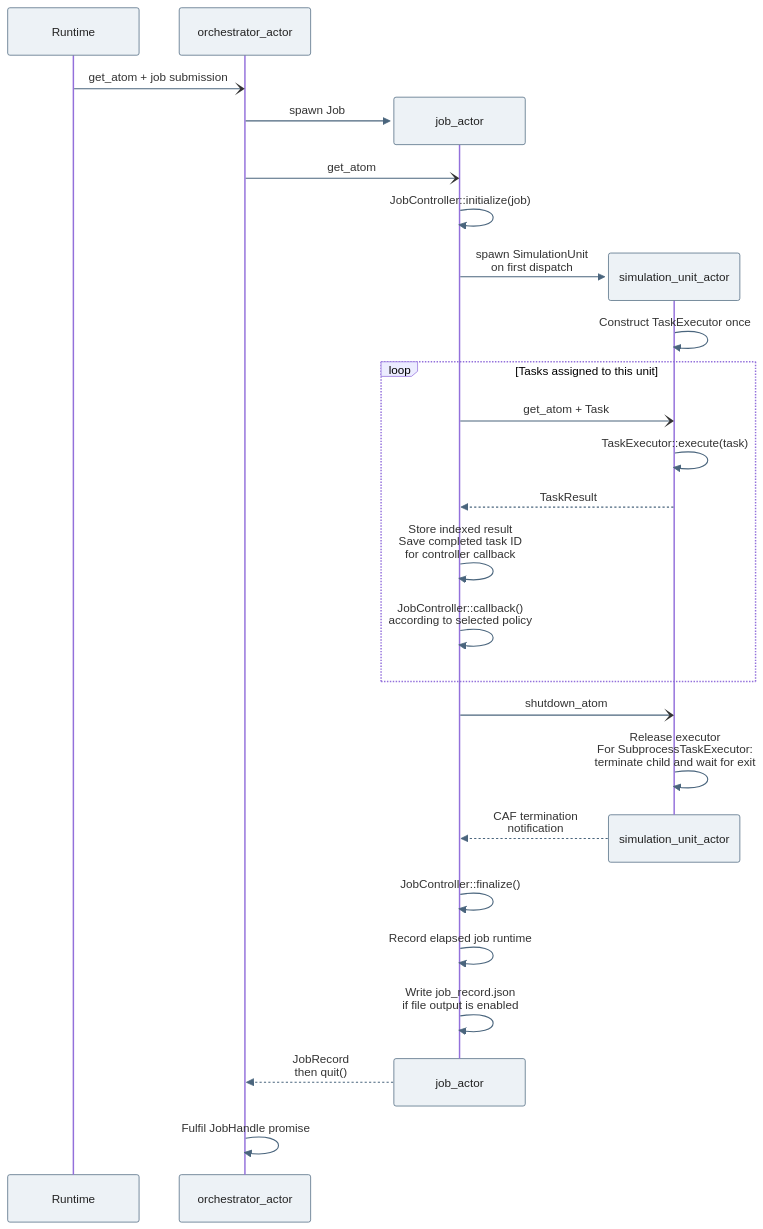
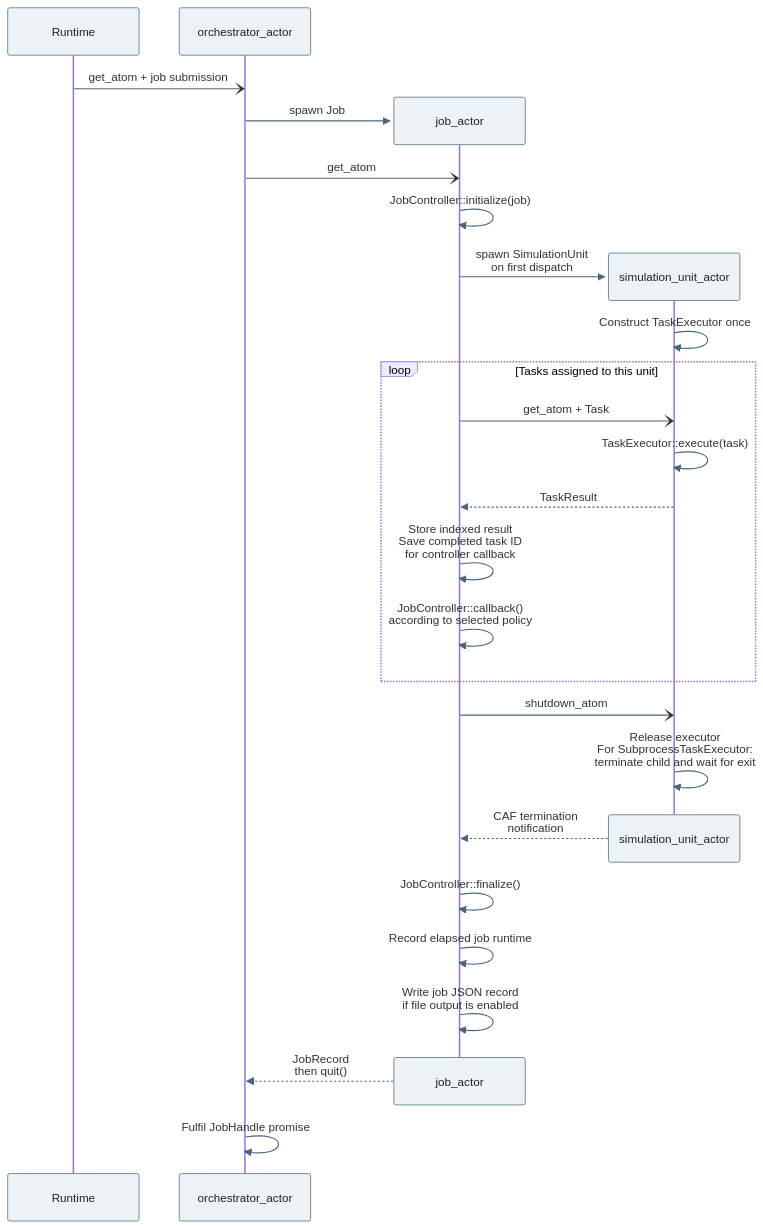
Before and after one commit to uofs-simlab/miaow-framework: the diagram in docs/diagrams/job_execution.mmd, drawn with Mermaid. The commit also changed 23 other files, not shown here.

```diff
--- a/docs/diagrams/job_execution.mmd
+++ b/docs/diagrams/job_execution.mmd
@@ -1,52 +1,52 @@
 ---
 config:
   sequence:
     useMaxWidth: true
     mirrorActors: true
     width: 180
     actorMargin: 24
     diagramMarginX: 16
     diagramMarginY: 12
     messageMargin: 18
     actorFontSize: 14
     messageFontSize: 14
     noteFontSize: 14
   themeVariables:
     actorBkg: "#edf2f6"
     actorBorder: "#4a657d"
     actorTextColor: "#222222"
     signalColor: "#4a657d"
     noteBkgColor: "#fff3df"
     noteBorderColor: "#e8a84b"
 ---
 sequenceDiagram
     participant R as Runtime
     participant O as orchestrator_actor
 
     R-)O: get_atom + job submission
     create participant J as job_actor
     O->>J: spawn Job
     O-)J: get_atom
     J->>J: JobController::initialize(job)
     create participant U as simulation_unit_actor
     J->>U: spawn SimulationUnit<br/>on first dispatch
     U->>U: Construct TaskExecutor once
 
     loop Tasks assigned to this unit
         J-)U: get_atom + Task
         U->>U: TaskExecutor::execute(task)
         U-->>J: TaskResult
         J->>J: Store indexed result<br/>Save completed task ID<br/>for controller callback
         J->>J: JobController::callback()<br/>according to selected policy
     end
 
     J-)U: shutdown_atom
     U->>U: Release executor<br/>For SubprocessTaskExecutor:<br/>terminate child and wait for exit
     destroy U
     U-->>J: CAF termination<br/>notification
     J->>J: JobController::finalize()
     J->>J: Record elapsed job runtime
-    J->>J: Write job_record.json<br/>if file output is enabled
+    J->>J: Write job JSON record<br/>if file output is enabled
     destroy J
     J-->>O: JobRecord<br/>then quit()
     O->>O: Fulfil JobHandle promise
```
